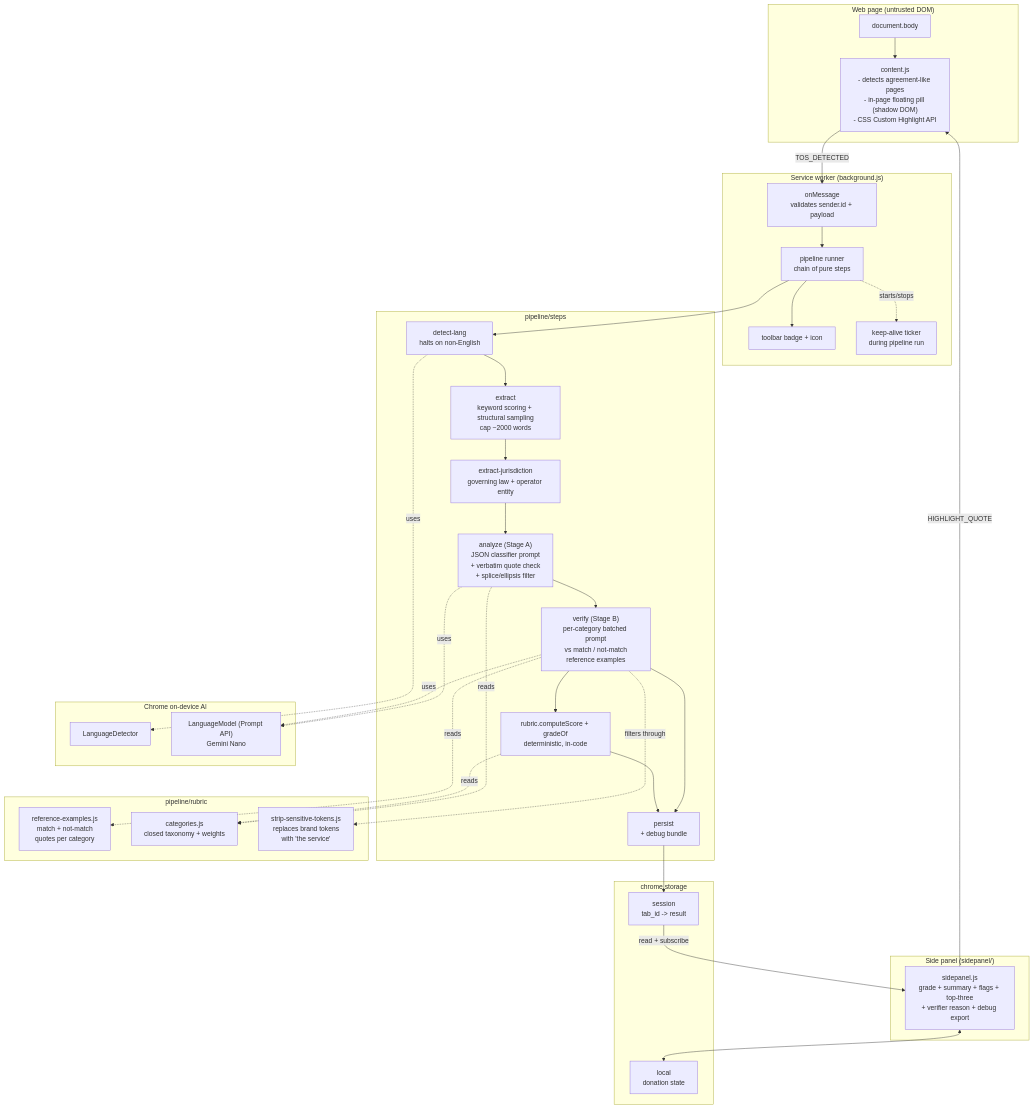
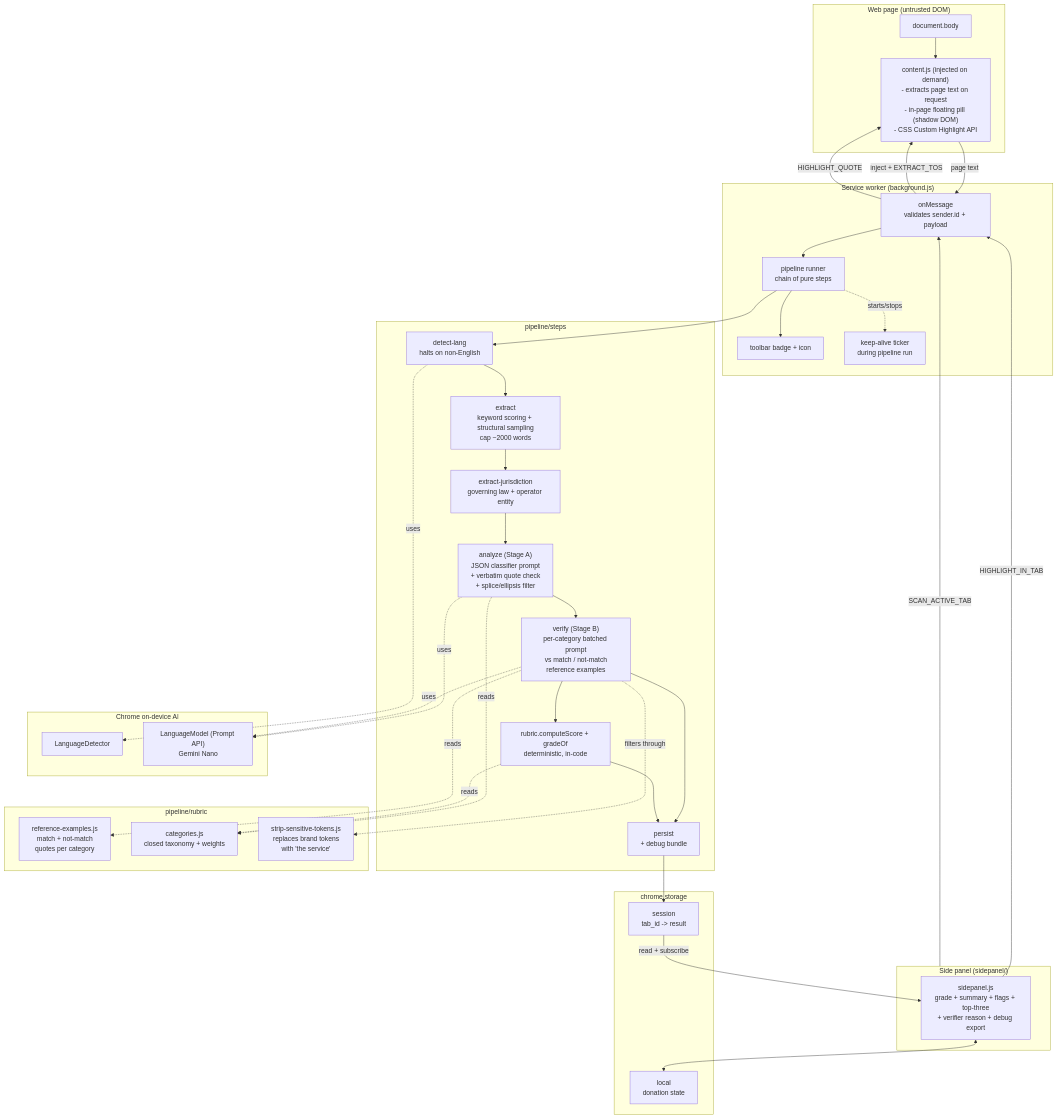
The diagram in README.md (lum1nxus/Assent), drawn with Mermaid before and after one commit. The commit also changed other lines of this file and 16 other files, not shown here.

````diff
--- a/README.md
+++ b/README.md
@@ -76,66 +94,69 @@
 ```mermaid
 flowchart TB
     subgraph PAGE["Web page (untrusted DOM)"]
         DOM["document.body"]
-        CS["content.js<br/>- detects agreement-like pages<br/>- in-page floating pill (shadow DOM)<br/>- CSS Custom Highlight API"]
+        CS["content.js (injected on demand)<br/>- extracts page text on request<br/>- in-page floating pill (shadow DOM)<br/>- CSS Custom Highlight API"]
     end
 
     subgraph SW["Service worker (background.js)"]
         MSG["onMessage<br/>validates sender.id + payload"]
         ORCH["pipeline runner<br/>chain of pure steps"]
         BADGE["toolbar badge + icon"]
         KA["keep-alive ticker<br/>during pipeline run"]
     end
 
     subgraph PIPE["pipeline/steps"]
         DL["detect-lang<br/>halts on non-English"]
         EX["extract<br/>keyword scoring + structural sampling<br/>cap ~2000 words"]
         JU["extract-jurisdiction<br/>governing law + operator entity"]
         AN["analyze (Stage A)<br/>JSON classifier prompt<br/>+ verbatim quote check<br/>+ splice/ellipsis filter"]
         VE["verify (Stage B)<br/>per-category batched prompt<br/>vs match / not-match<br/>reference examples"]
         RU["rubric.computeScore + gradeOf<br/>deterministic, in-code"]
         PE["persist<br/>+ debug bundle"]
     end
 
     subgraph AI["Chrome on-device AI"]
         LD["LanguageDetector"]
         LM["LanguageModel (Prompt API)<br/>Gemini Nano"]
     end
 
     subgraph REF["pipeline/rubric"]
         REFEX["reference-examples.js<br/>match + not-match<br/>quotes per category"]
         CATS["categories.js<br/>closed taxonomy + weights"]
         STRIP["strip-sensitive-tokens.js<br/>replaces brand tokens<br/>with 'the service'"]
     end
 
     subgraph STORE["chrome.storage"]
         SES["session<br/>tab_id -> result"]
         LOC["local<br/>donation state"]
     end
 
     subgraph SP["Side panel (sidepanel/)"]
         UI["sidepanel.js<br/>grade + summary + flags + top-three<br/>+ verifier reason + debug export"]
     end
 
+    SP -- SCAN_ACTIVE_TAB --> MSG
+    MSG -- inject + EXTRACT_TOS --> CS
     DOM --> CS
-    CS -- TOS_DETECTED --> MSG
+    CS -- page text --> MSG
     MSG --> ORCH
     ORCH --> DL --> EX --> JU --> AN --> VE --> PE
     VE --> RU --> PE
 
     DL -. uses .-> LD
     AN -. uses .-> LM
     VE -. uses .-> LM
     VE -. reads .-> REFEX
     VE -. filters through .-> STRIP
     AN -. reads .-> CATS
     RU -. reads .-> CATS
 
     PE --> SES
     ORCH -. starts/stops .-> KA
     ORCH --> BADGE
 
     SES -- read + subscribe --> UI
-    UI -- HIGHLIGHT_QUOTE --> CS
+    UI -- HIGHLIGHT_IN_TAB --> MSG
+    MSG -- HIGHLIGHT_QUOTE --> CS
     UI <--> LOC
 ```
````
